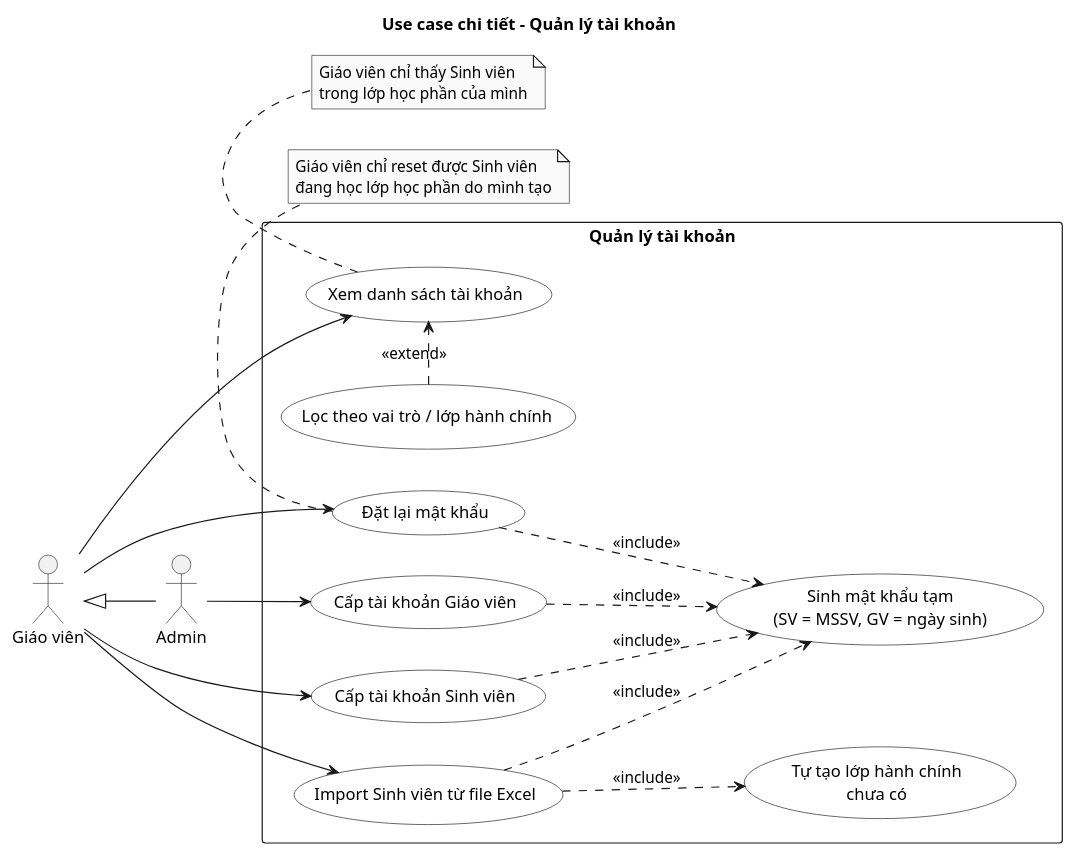
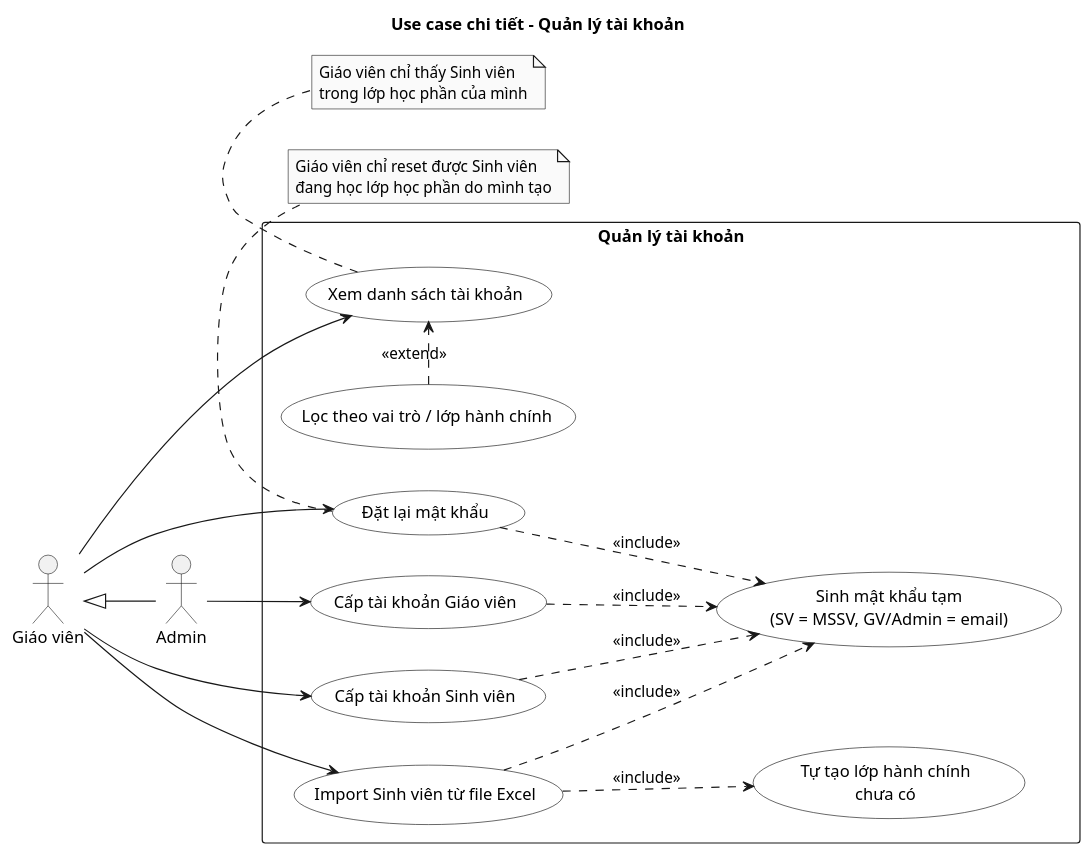
The diagram in docs/diagrams/use-case/use-case-account.puml (dinhnhathuyennhan/leet-code-utc2), drawn with PlantUML before and after one commit. The commit also changed 4 other files, not shown here.

Commit message:
docs(auth): update reset password docs and diagrams

```diff
--- a/docs/diagrams/use-case/use-case-account.puml
+++ b/docs/diagrams/use-case/use-case-account.puml
@@ -1,50 +1,50 @@
 @startuml use-case-account
 left to right direction
 skinparam shadowing false
 skinparam monochrome true
 skinparam packageStyle rectangle
 skinparam defaultFontName Arial
 skinparam usecase {
   BackgroundColor white
   BorderColor black
 }
 
 title Use case chi tiết - Quản lý tài khoản
 
 actor "Giáo viên" as Teacher
 actor "Admin" as Admin
 Admin -up-|> Teacher
 
 rectangle "Quản lý tài khoản" {
   usecase "Cấp tài khoản Giáo viên" as CreateTeacher
   usecase "Cấp tài khoản Sinh viên" as CreateStudent
   usecase "Import Sinh viên từ file Excel" as Import
   usecase "Tự tạo lớp hành chính\nchưa có" as AutoClass
   usecase "Đặt lại mật khẩu" as Reset
   usecase "Xem danh sách tài khoản" as ListUsers
   usecase "Lọc theo vai trò / lớp hành chính" as Filter
-  usecase "Sinh mật khẩu tạm\n(SV = MSSV, GV = ngày sinh)" as TempPw
+  usecase "Sinh mật khẩu tạm\n(SV = MSSV, GV/Admin = email)" as TempPw
 }
 
 Admin --> CreateTeacher
 Teacher --> CreateStudent
 Teacher --> Import
 Teacher --> Reset
 Teacher --> ListUsers
 
 CreateTeacher ..> TempPw : <<include>>
 CreateStudent ..> TempPw : <<include>>
 Import ..> TempPw : <<include>>
 Reset ..> TempPw : <<include>>
 Import ..> AutoClass : <<include>>
 Filter .> ListUsers : <<extend>>
 
 note bottom of Reset
   Giáo viên chỉ reset được Sinh viên
   đang học lớp học phần do mình tạo
 end note
 note bottom of ListUsers
   Giáo viên chỉ thấy Sinh viên
   trong lớp học phần của mình
 end note
 @enduml
```
